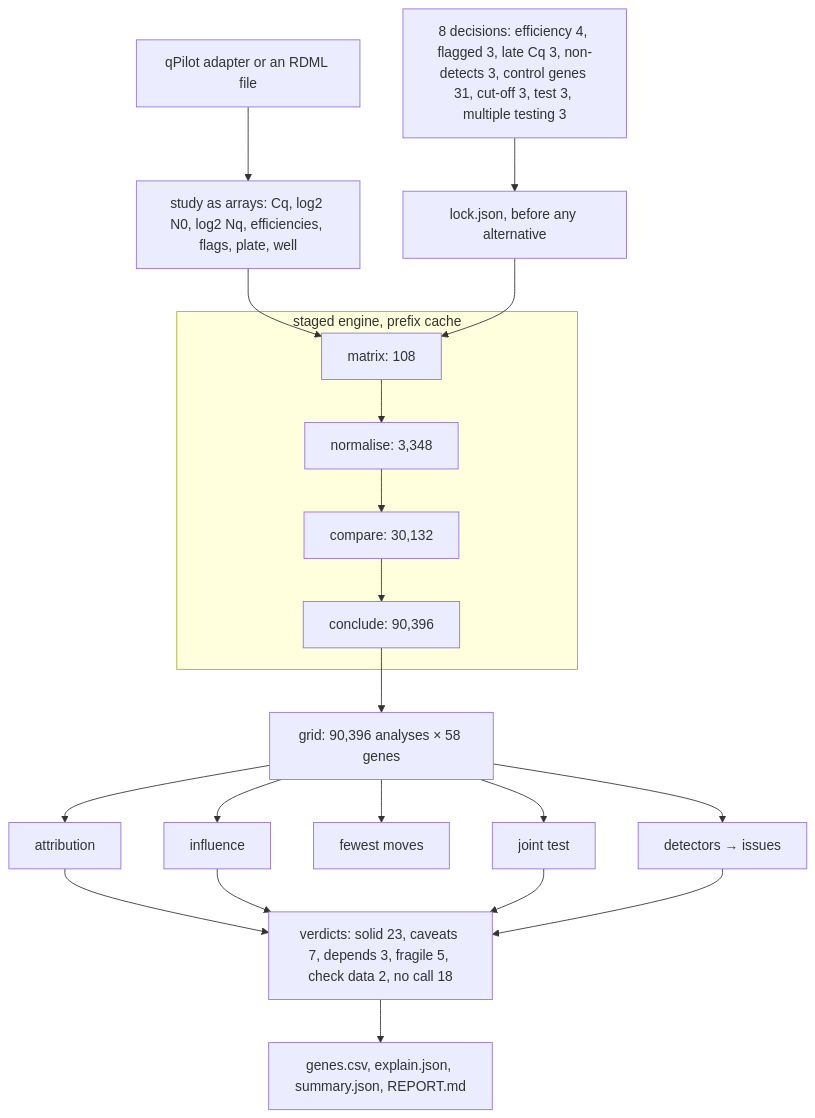
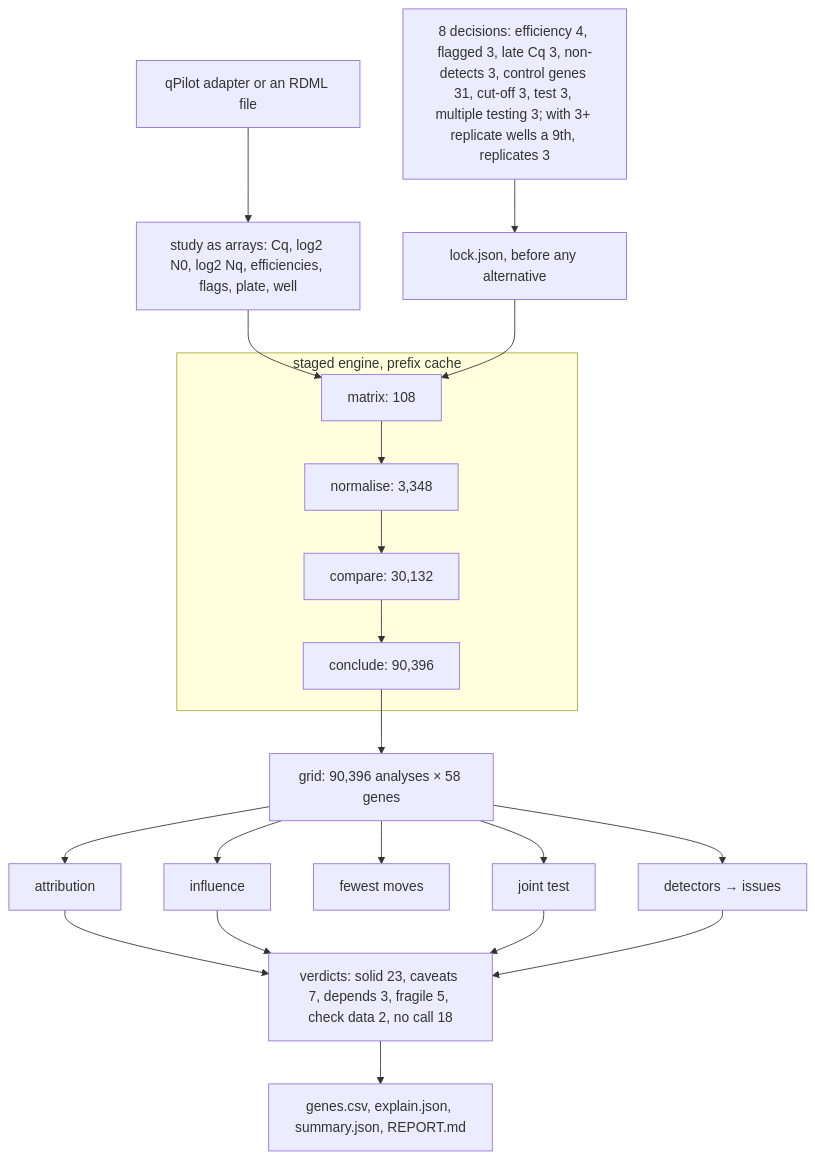
Before and after one commit to ShivaTeja05/Qpilot: the third of 4 diagrams in docs/integration.md, drawn with Mermaid. The commit also changed other lines of this file and 2 other files, not shown here.

First line of the commit message:
docs: the audit runs on designs with technical replicates; Your samples from the engine

````diff
--- a/docs/integration.md
+++ b/docs/integration.md
@@ -111,14 +128,14 @@
 ```mermaid
 flowchart TB
   IN[qPilot adapter or an RDML file] --> ST[study as arrays: Cq, log2 N0, log2 Nq, efficiencies, flags, plate, well]
-  SP[8 decisions: efficiency 4, flagged 3, late Cq 3, non-detects 3, control genes 31, cut-off 3, test 3, multiple testing 3] --> LK[lock.json, before any alternative]
+  SP[8 decisions: efficiency 4, flagged 3, late Cq 3, non-detects 3, control genes 31, cut-off 3, test 3, multiple testing 3; with 3+ replicate wells a 9th, replicates 3] --> LK[lock.json, before any alternative]
   ST --> E1
   LK --> E1
   subgraph engine[staged engine, prefix cache]
     E1[matrix: 108] --> E2[normalise: 3,348] --> E3[compare: 30,132] --> E4[conclude: 90,396]
   end
   E4 --> G[grid: 90,396 analyses × 58 genes]
   G --> A1[attribution] & A2[influence] & A3[fewest moves] & A4[joint test] & A5[detectors → issues]
   A1 & A2 & A4 & A5 --> VR[verdicts: solid 23, caveats 7, depends 3, fragile 5, check data 2, no call 18]
   VR --> F[genes.csv, explain.json, summary.json, REPORT.md]
 ```
````
